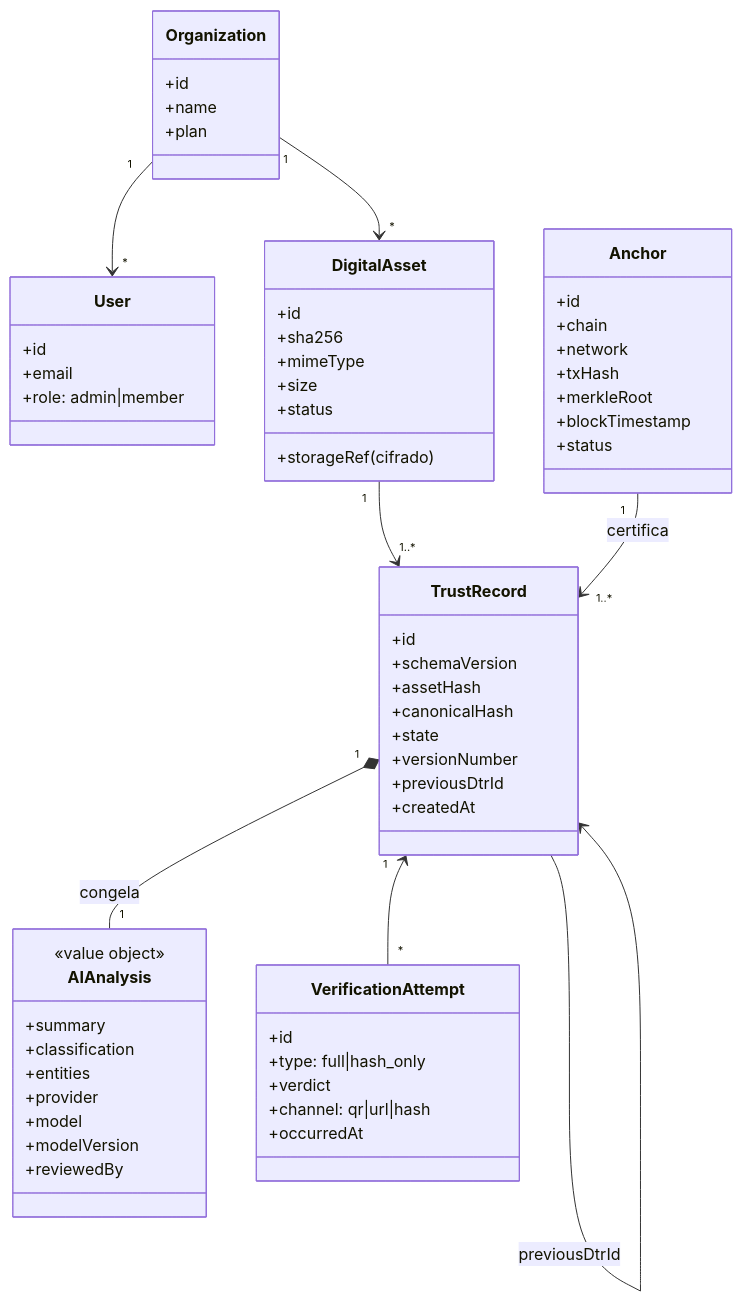
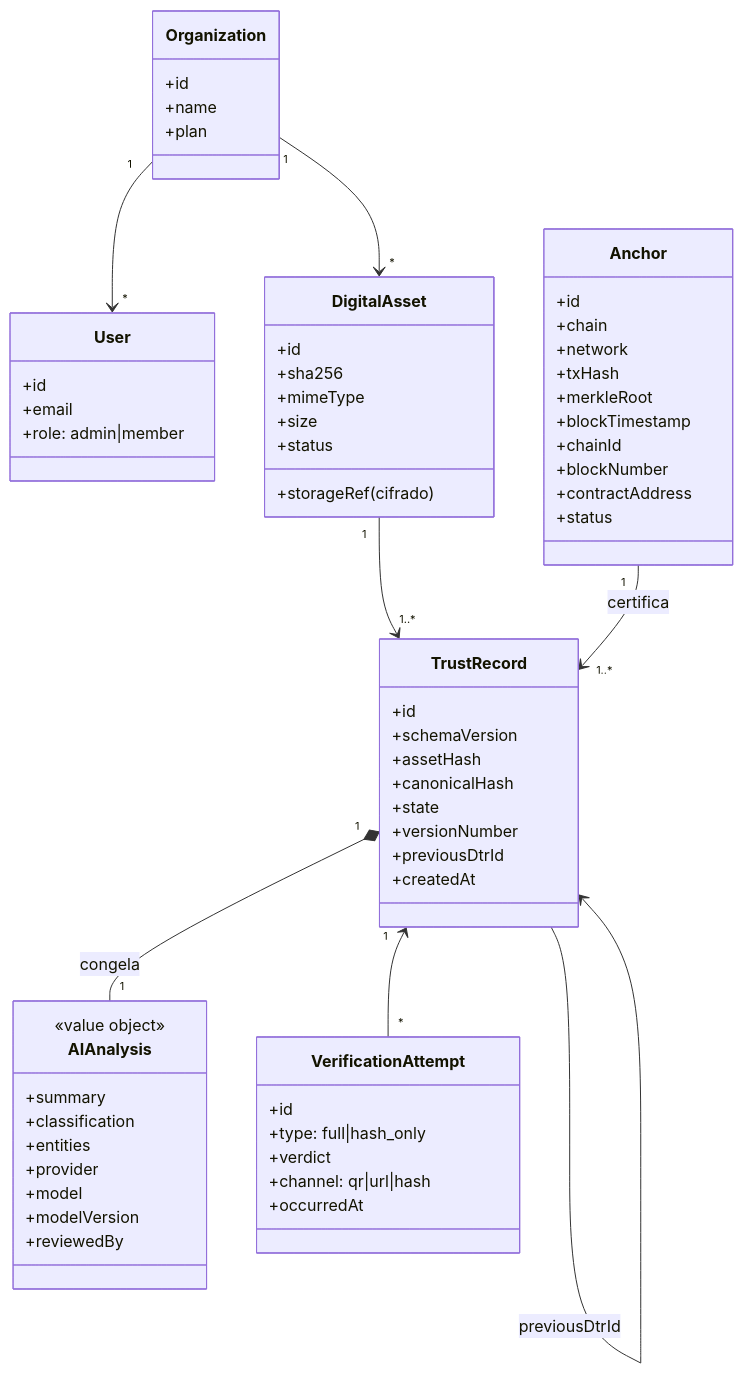
One commit to jaigledeves/trustai changed the first of 2 diagrams in docs/07-Domain-Model.md. Above: the diagram before and after it, drawn with Mermaid. The commit also changed other lines of this file and 20 other files, not shown here.

First line of the commit message:
feat(api,dtr-core): persist chain id, block number and contract per anchor

````diff
--- a/docs/07-Domain-Model.md
+++ b/docs/07-Domain-Model.md
@@ -17,65 +17,68 @@
 ```mermaid
 classDiagram
     class Organization {
         +id
         +name
         +plan
     }
     class User {
         +id
         +email
         +role: admin|member
     }
     class DigitalAsset {
         +id
         +sha256
         +mimeType
         +size
         +storageRef (cifrado)
         +status
     }
     class TrustRecord {
         +id
         +schemaVersion
         +assetHash
         +canonicalHash
         +state
         +versionNumber
         +previousDtrId
         +createdAt
     }
     class AIAnalysis {
         <<value object>>
         +summary
         +classification
         +entities
         +provider
         +model
         +modelVersion
         +reviewedBy
     }
     class Anchor {
         +id
         +chain
         +network
         +txHash
         +merkleRoot
         +blockTimestamp
+        +chainId
+        +blockNumber
+        +contractAddress
         +status
     }
     class VerificationAttempt {
         +id
         +type: full|hash_only
         +verdict
         +channel: qr|url|hash
         +occurredAt
     }
 
     Organization "1" --> "*" User
     Organization "1" --> "*" DigitalAsset
     DigitalAsset "1" --> "1..*" TrustRecord
     TrustRecord "1" *-- "1" AIAnalysis : congela
     Anchor "1" --> "1..*" TrustRecord : certifica
     TrustRecord "1" <-- "*" VerificationAttempt
     TrustRecord --> TrustRecord : previousDtrId
 ```
````
